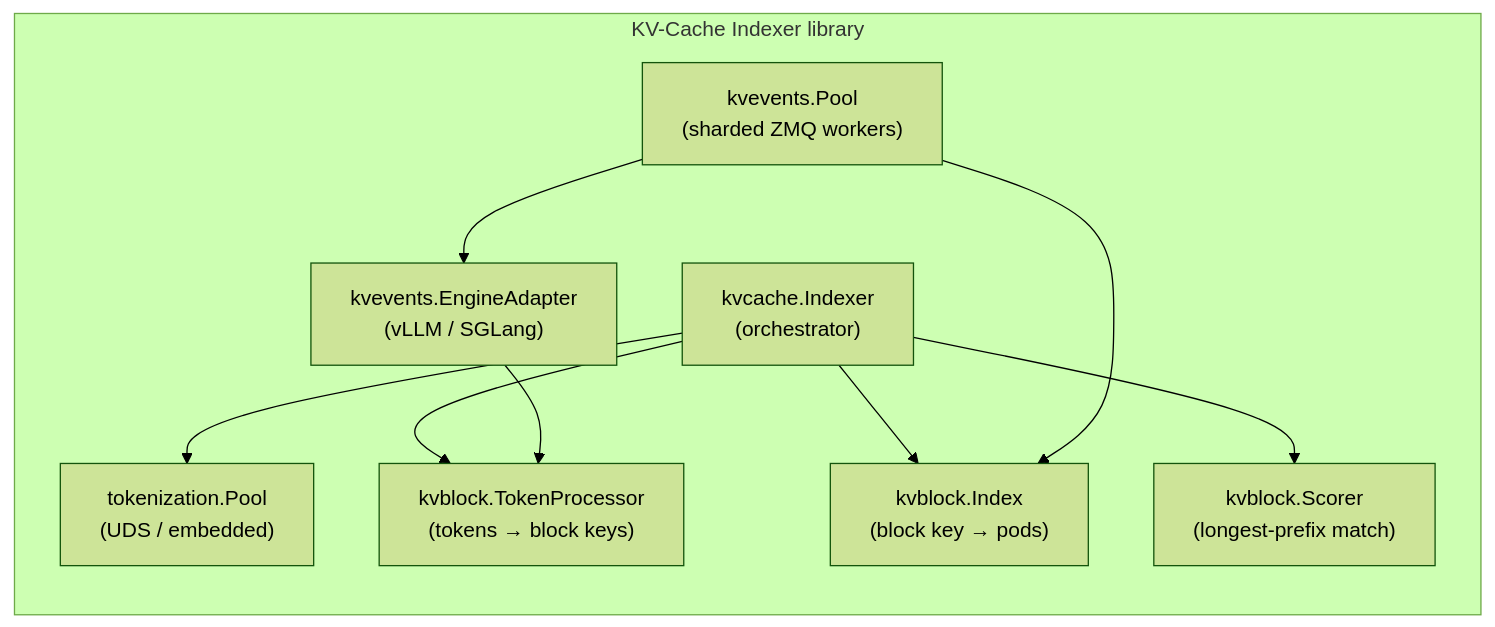
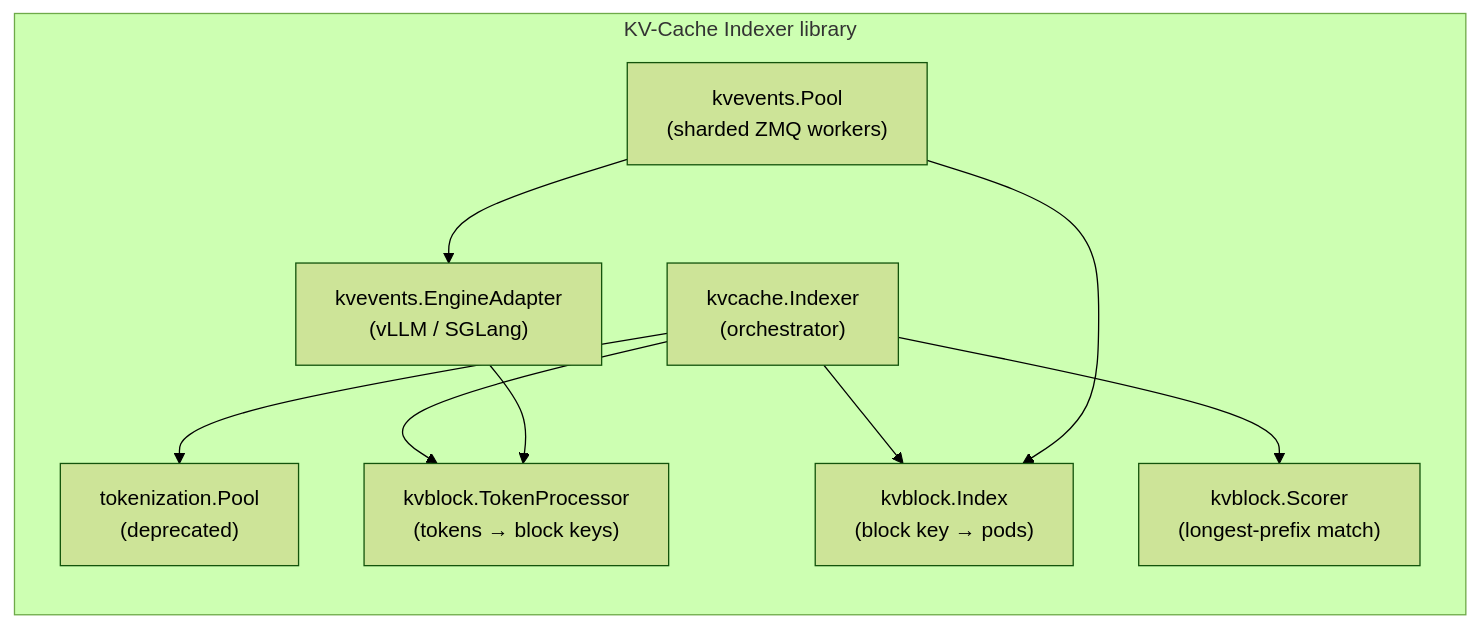
The first of 3 diagrams in docs/architecture.md (llm-d/llm-d-kv-cache), drawn with Mermaid (forest theme) before and after one commit. The commit also changed other lines of this file and 2 other files, not shown here.

````diff
--- a/docs/architecture.md
+++ b/docs/architecture.md
@@ -23,22 +23,22 @@
 ```mermaid
 flowchart LR
     subgraph Library ["KV-Cache Indexer library"]
         direction TB
         Indexer["kvcache.Indexer<br/>(orchestrator)"]
         TP["kvblock.TokenProcessor<br/>(tokens → block keys)"]
-        Tokzr["tokenization.Pool<br/>(UDS / embedded)"]
+        Tokzr["tokenization.Pool<br/>(deprecated)"]
         BScorer["kvblock.Scorer<br/>(longest-prefix match)"]
         Index["kvblock.Index<br/>(block key → pods)"]
         Pool["kvevents.Pool<br/>(sharded ZMQ workers)"]
         Adapter["kvevents.EngineAdapter<br/>(vLLM / SGLang)"]
     end
 
     Indexer --> Tokzr
     Indexer --> TP
     Indexer --> Index
     Indexer --> BScorer
 
     Pool --> Adapter
     Adapter --> TP
     Pool --> Index
 ```
````
